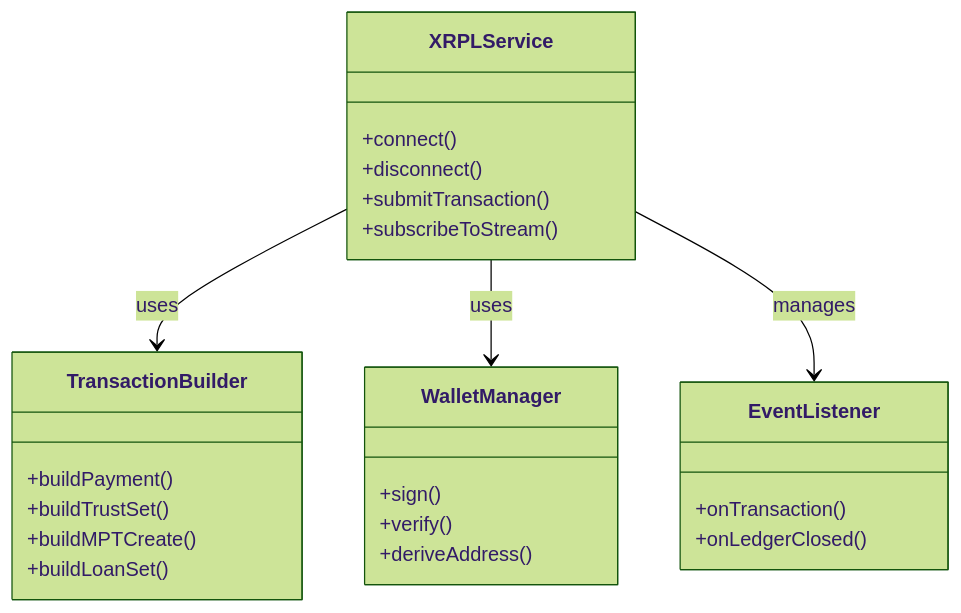
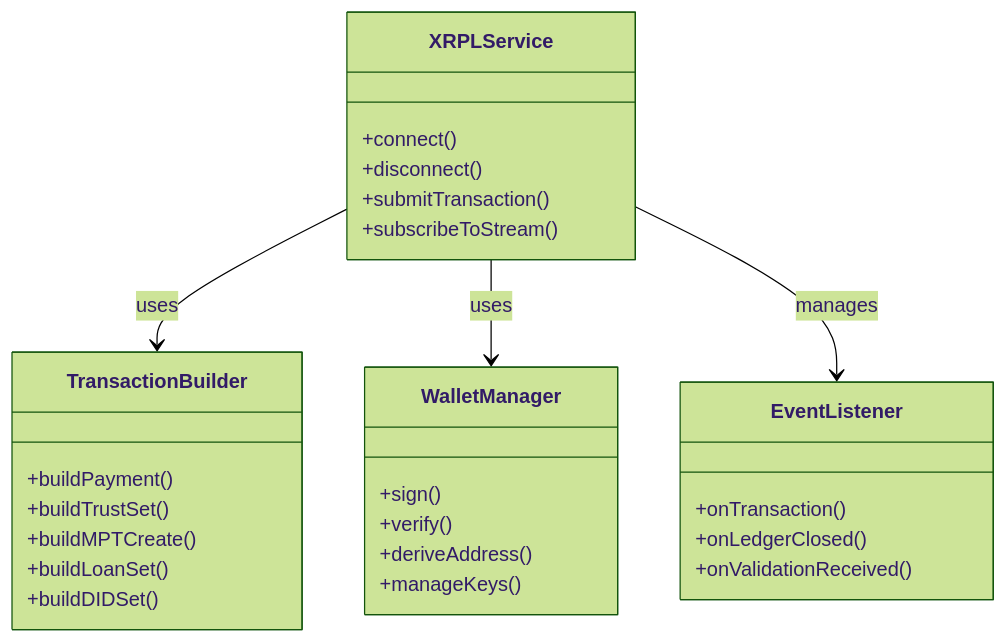
Before and after one commit to MrDecryptDecipher/xrpl-institutional-fund-management: diagram 13 of 17 in README.md, drawn with Mermaid (forest theme). The commit also changed other lines of this file, not shown here.

Commit message:
docs: enhance mermaid diagrams with color and detail

````diff
--- a/README.md
+++ b/README.md
@@ -364,31 +523,34 @@
 ```mermaid
 classDiagram
     class XRPLService {
         +connect()
         +disconnect()
         +submitTransaction()
         +subscribeToStream()
     }
     
     class TransactionBuilder {
         +buildPayment()
         +buildTrustSet()
         +buildMPTCreate()
         +buildLoanSet()
+        +buildDIDSet()
     }
     
     class WalletManager {
         +sign()
         +verify()
         +deriveAddress()
+        +manageKeys()
     }
     
     class EventListener {
         +onTransaction()
         +onLedgerClosed()
+        +onValidationReceived()
     }
 
     XRPLService --> TransactionBuilder : uses
     XRPLService --> WalletManager : uses
     XRPLService --> EventListener : manages
 ```
````
